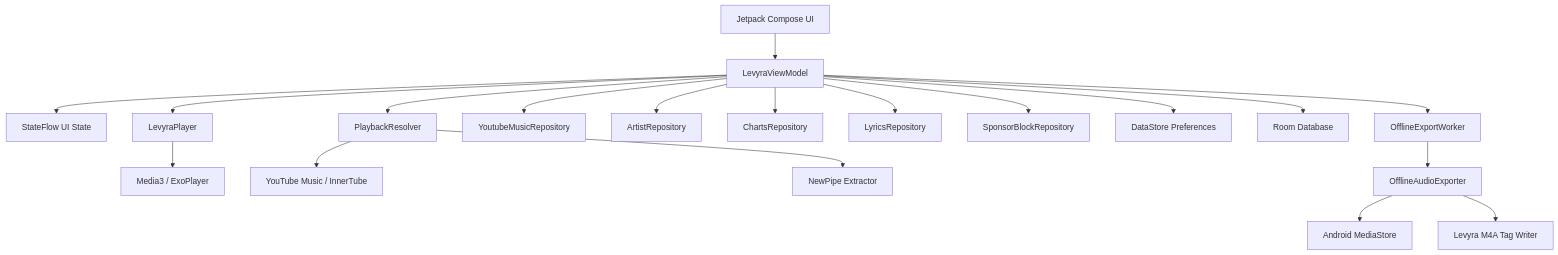
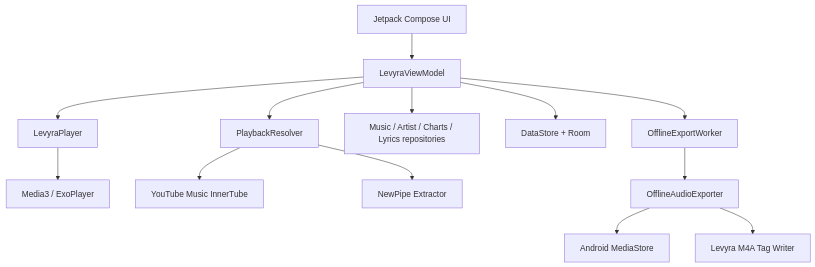
One commit to LUC4N3X/Levyra-deepsound changed the diagram in README.md. Above: the diagram before and after it, drawn with Mermaid. The commit also changed other lines of this file, not shown here.

````diff
--- a/README.md
+++ b/README.md
@@ -224,21 +107,15 @@
 ```mermaid
 graph TD
     UI[Jetpack Compose UI] --> VM[LevyraViewModel]
-    VM --> State[StateFlow UI State]
     VM --> Player[LevyraPlayer]
     VM --> Resolver[PlaybackResolver]
-    VM --> MusicRepo[YoutubeMusicRepository]
-    VM --> ArtistRepo[ArtistRepository]
-    VM --> ChartsRepo[ChartsRepository]
-    VM --> LyricsRepo[LyricsRepository]
-    VM --> SponsorRepo[SponsorBlockRepository]
-    VM --> Preferences[DataStore Preferences]
-    VM --> DB[Room Database]
+    VM --> Repos[Music / Artist / Charts / Lyrics repositories]
+    VM --> Store[DataStore + Room]
     VM --> Work[OfflineExportWorker]
     Player --> Media3[Media3 / ExoPlayer]
-    Resolver --> InnerTube[YouTube Music / InnerTube]
+    Resolver --> InnerTube[YouTube Music InnerTube]
     Resolver --> NewPipe[NewPipe Extractor]
     Work --> Exporter[OfflineAudioExporter]
     Exporter --> MediaStore[Android MediaStore]
     Exporter --> Tagger[Levyra M4A Tag Writer]
 ```
````
